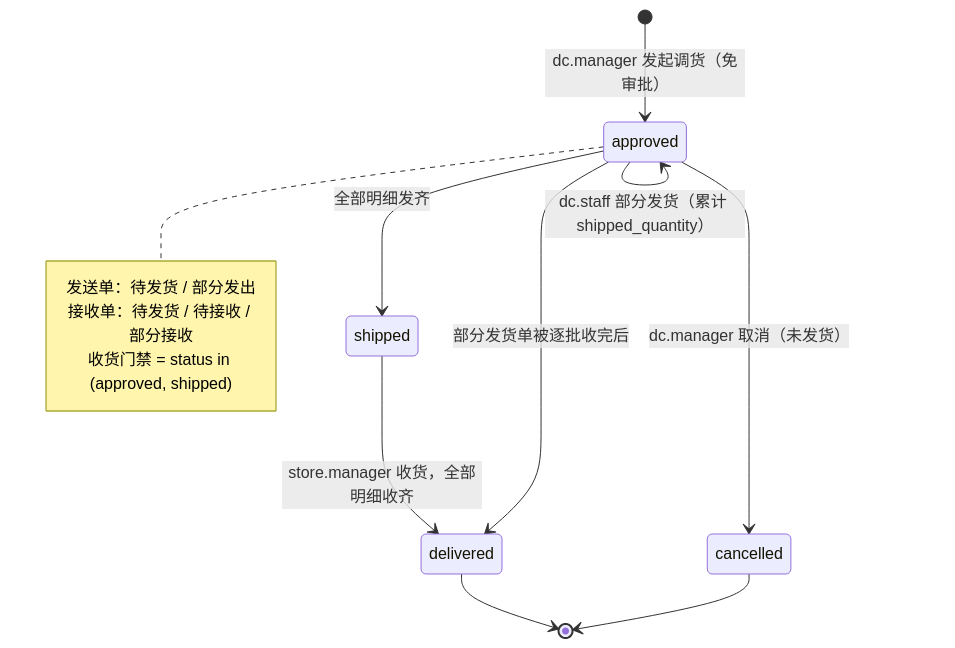
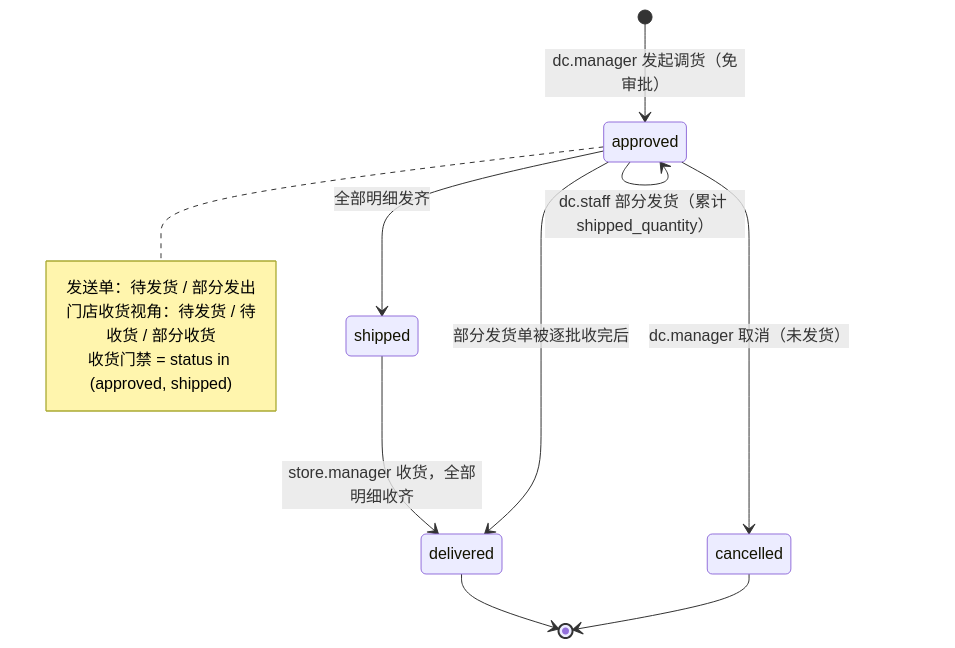
The diagram in docs/2026-10-19-dc-transfer-design.md (DUIDUI-Studio/DailyCheck), drawn with Mermaid before and after one commit. The commit also changed other lines of this file and 11 other files, not shown here.

````diff
--- a/docs/2026-10-19-dc-transfer-design.md
+++ b/docs/2026-10-19-dc-transfer-design.md
@@ -87,17 +89,17 @@
 ```mermaid
 stateDiagram-v2
     [*] --> approved: dc.manager 发起调货（免审批）
     approved --> approved: dc.staff 部分发货（累计 shipped_quantity）
     approved --> shipped: 全部明细发齐
     approved --> cancelled: dc.manager 取消（未发货）
     shipped --> delivered: store.manager 收货，全部明细收齐
     approved --> delivered: 部分发货单被逐批收完后
     delivered --> [*]
     cancelled --> [*]
 
     note right of approved
         发送单：待发货 / 部分发出
-        接收单：待发货 / 待接收 / 部分接收
+        门店收货视角：待发货 / 待收货 / 部分收货
         收货门禁 = status in (approved, shipped)
     end note
 ```
````
